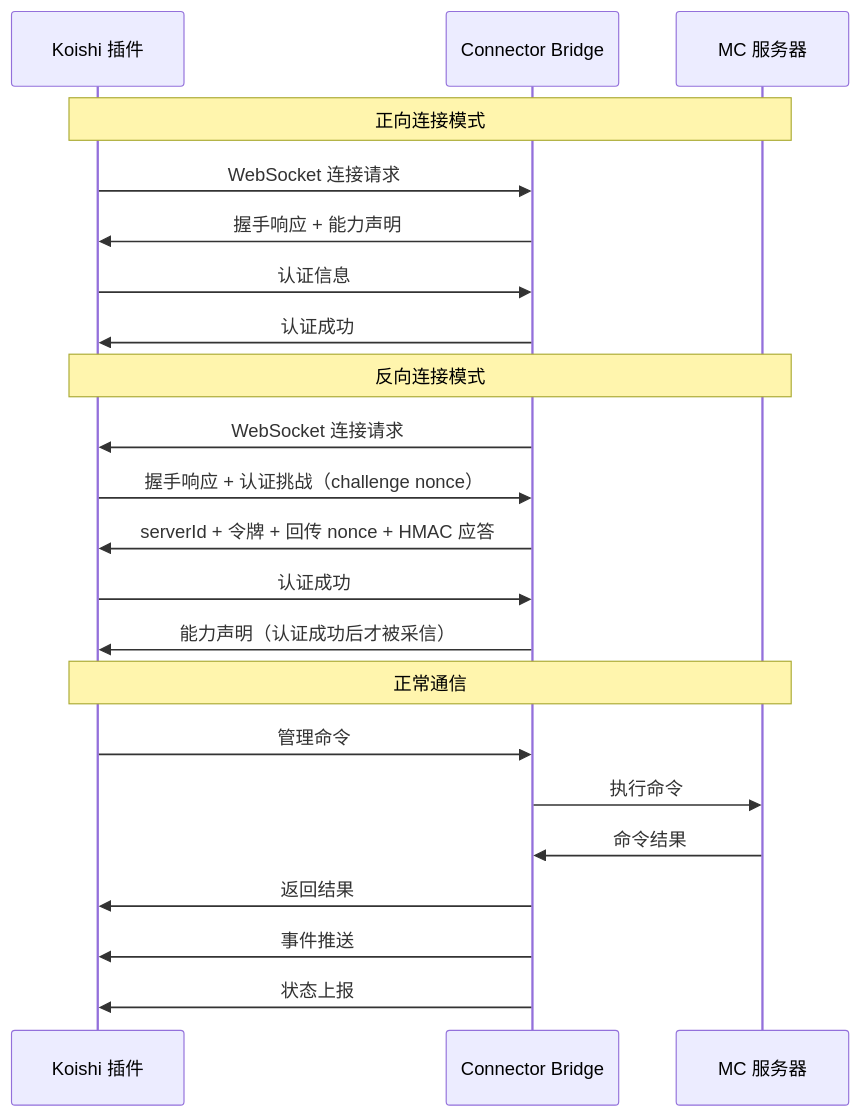
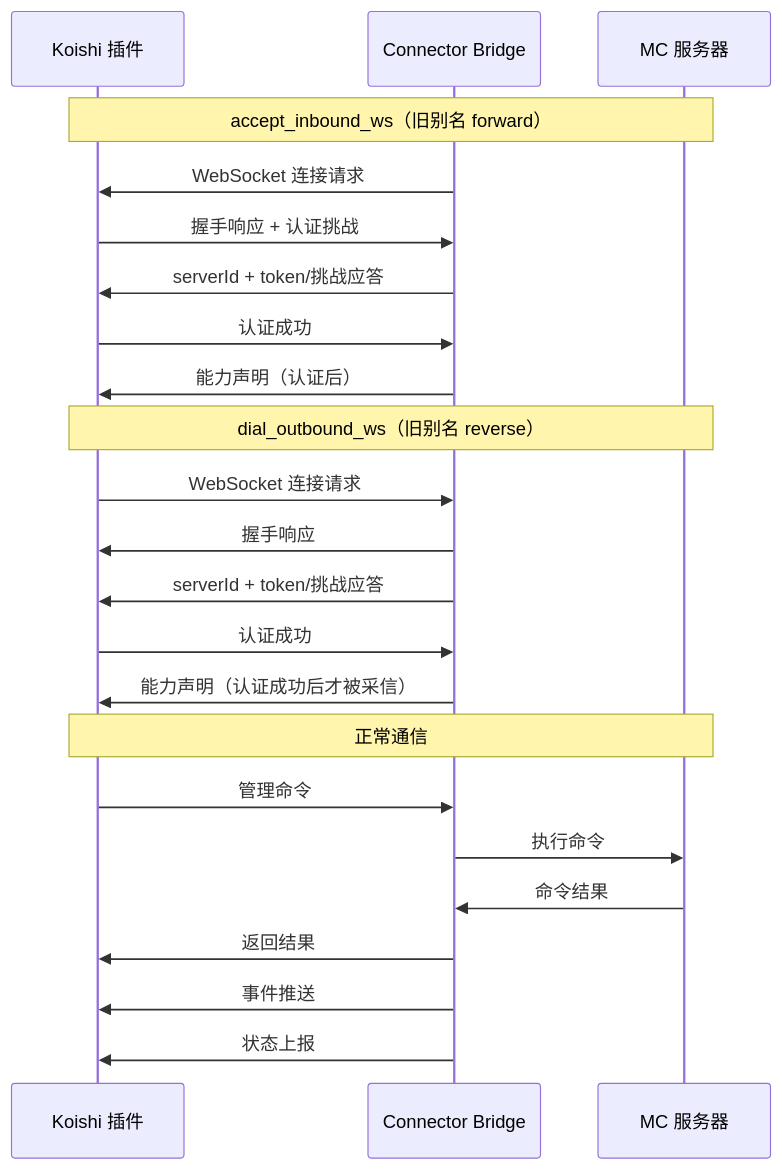
Before and after one commit to chm413/Mochi-Link: the second of 2 diagrams in .kiro/specs/minecraft-unified-management/design.md, drawn with Mermaid. The commit also changed other lines of this file and 199 other files, not shown here.

````diff
--- a/.kiro/specs/minecraft-unified-management/design.md
+++ b/.kiro/specs/minecraft-unified-management/design.md
@@ -68,28 +70,29 @@
 ```mermaid
 sequenceDiagram
     participant K as Koishi 插件
     participant B as Connector Bridge
     participant S as MC 服务器
     
-    Note over K,S: 正向连接模式
+    Note over K,S: accept_inbound_ws（旧别名 forward）
+    B->>K: WebSocket 连接请求
+    K->>B: 握手响应 + 认证挑战
+    B->>K: serverId + token/挑战应答
+    K->>B: 认证成功
+    B->>K: 能力声明（认证后）
+
+    Note over K,S: dial_outbound_ws（旧别名 reverse）
     K->>B: WebSocket 连接请求
-    B->>K: 握手响应 + 能力声明
-    K->>B: 认证信息
-    B->>K: 认证成功
-    
-    Note over K,S: 反向连接模式  
-    B->>K: WebSocket 连接请求
-    K->>B: 握手响应 + 认证挑战（challenge nonce）
-    B->>K: serverId + 令牌 + 回传 nonce + HMAC 应答
+    B->>K: 握手响应
+    B->>K: serverId + token/挑战应答
     K->>B: 认证成功
     B->>K: 能力声明（认证成功后才被采信）
     
     Note over K,S: 正常通信
     K->>B: 管理命令
     B->>S: 执行命令
     S->>B: 命令结果
     B->>K: 返回结果
     
     B->>K: 事件推送
     B->>K: 状态上报
 ```
````
